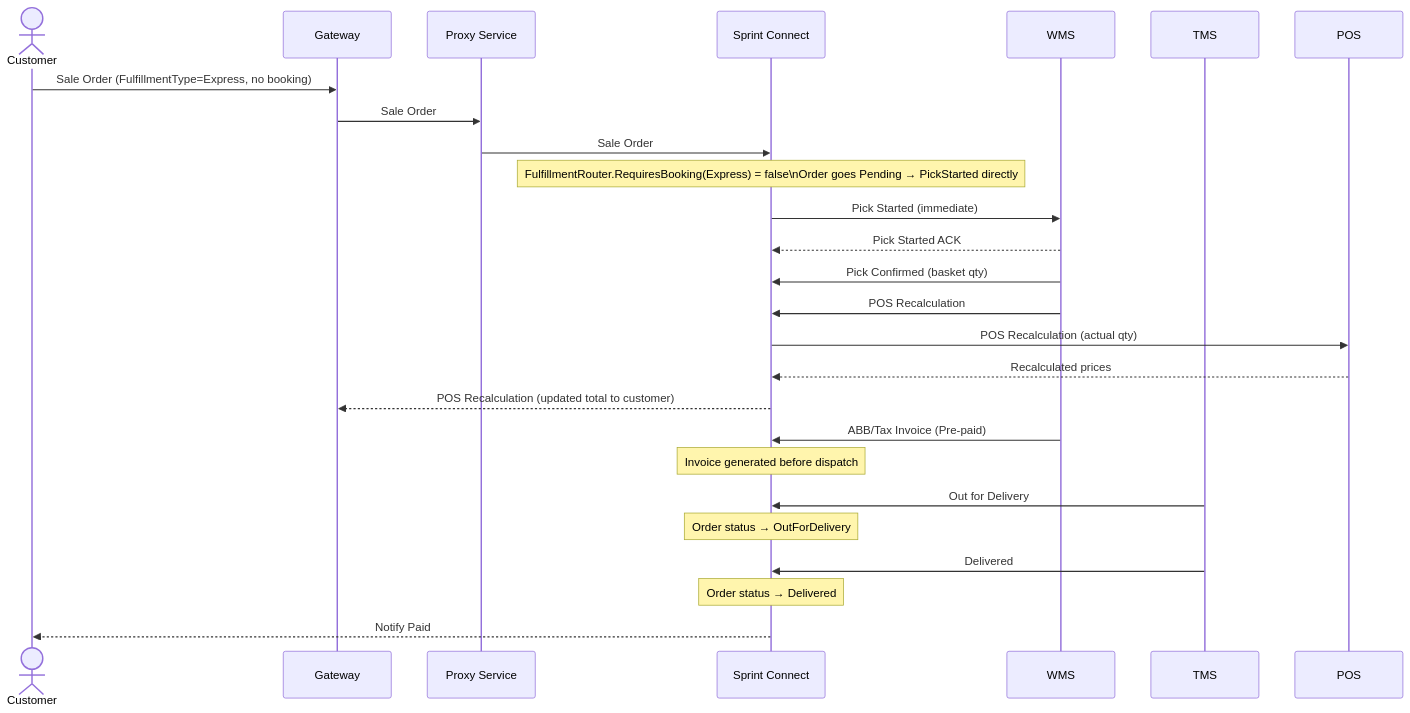
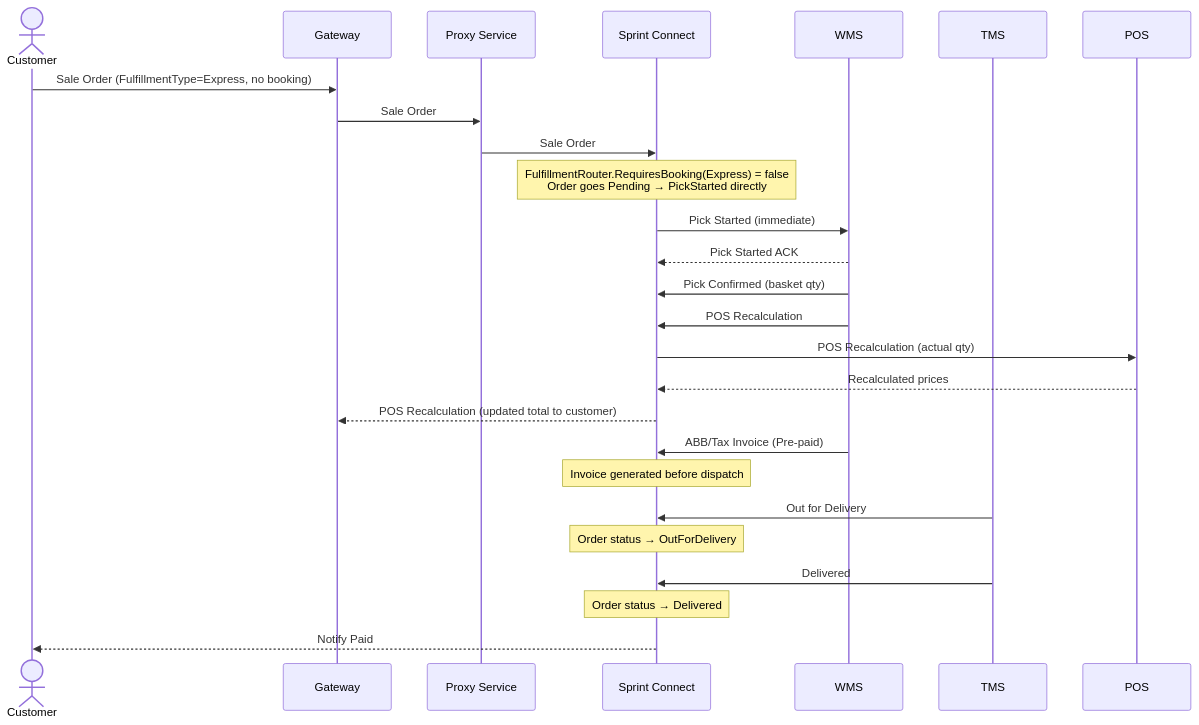
The ninth of 24 diagrams in result/oms-sequence-diagrams.md (rosered11/personal-claude), drawn with Mermaid before and after one commit. The commit also changed other lines of this file and 7 other files, not shown here.

````diff
--- a/result/oms-sequence-diagrams.md
+++ b/result/oms-sequence-diagrams.md
@@ -307,34 +307,34 @@
 ```mermaid
 sequenceDiagram
     actor C as Customer
     participant GW as Gateway
     participant PS as Proxy Service
     participant SC as Sprint Connect
     participant WMS as WMS
     participant TMS as TMS
     participant POS as POS
 
     C->>GW: Sale Order (FulfillmentType=Express, no booking)
     GW->>PS: Sale Order
     PS->>SC: Sale Order
-    Note over SC: FulfillmentRouter.RequiresBooking(Express) = false\nOrder goes Pending → PickStarted directly
+    Note over SC: FulfillmentRouter.RequiresBooking(Express) = false<br>Order goes Pending → PickStarted directly
 
     SC->>WMS: Pick Started (immediate)
     WMS-->>SC: Pick Started ACK
 
     WMS->>SC: Pick Confirmed (basket qty)
     WMS->>SC: POS Recalculation
     SC->>POS: POS Recalculation (actual qty)
     POS-->>SC: Recalculated prices
     SC-->>GW: POS Recalculation (updated total to customer)
 
     WMS->>SC: ABB/Tax Invoice (Pre-paid)
     Note over SC: Invoice generated before dispatch
 
     TMS->>SC: Out for Delivery
     Note over SC: Order status → OutForDelivery
 
     TMS->>SC: Delivered
     Note over SC: Order status → Delivered
     SC-->>C: Notify Paid
 ```
````
